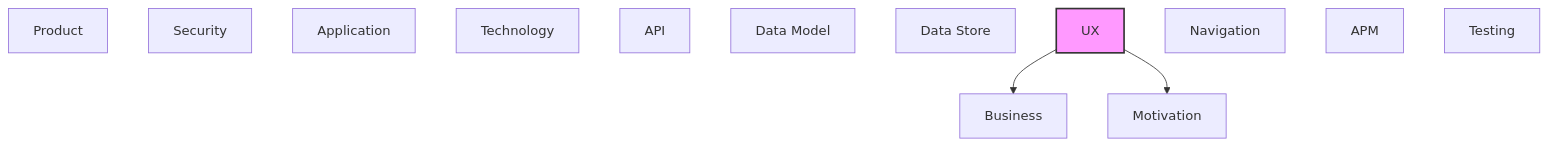
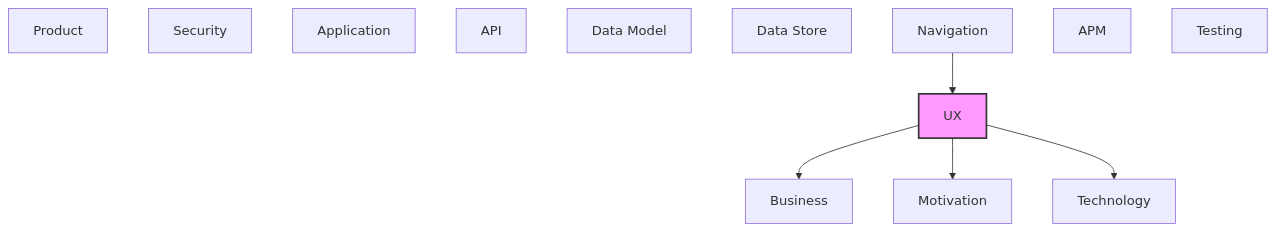
Before and after one commit to tinkermonkey/documentation_robotics_viewer: the second of 2 diagrams in documentation-robotics/reports/10-ux-layer-report.md, drawn with Mermaid. The commit also changed other lines of this file and 39 other files, not shown here.

````diff
--- a/documentation-robotics/reports/10-ux-layer-report.md
+++ b/documentation-robotics/reports/10-ux-layer-report.md
@@ -46,20 +61,22 @@
 ```mermaid
 flowchart TB
   classDef current fill:#f9f,stroke:#333,stroke-width:2px
   motivation["Motivation"]
   business["Business"]
   product["Product"]
   security["Security"]
   application["Application"]
   technology["Technology"]
   api["API"]
   data_model["Data Model"]
   data_store["Data Store"]
   ux["UX"]
   navigation["Navigation"]
   apm["APM"]
   testing["Testing"]
+  navigation --> ux
   ux --> business
   ux --> motivation
+  ux --> technology
   class ux current
 ```
````
